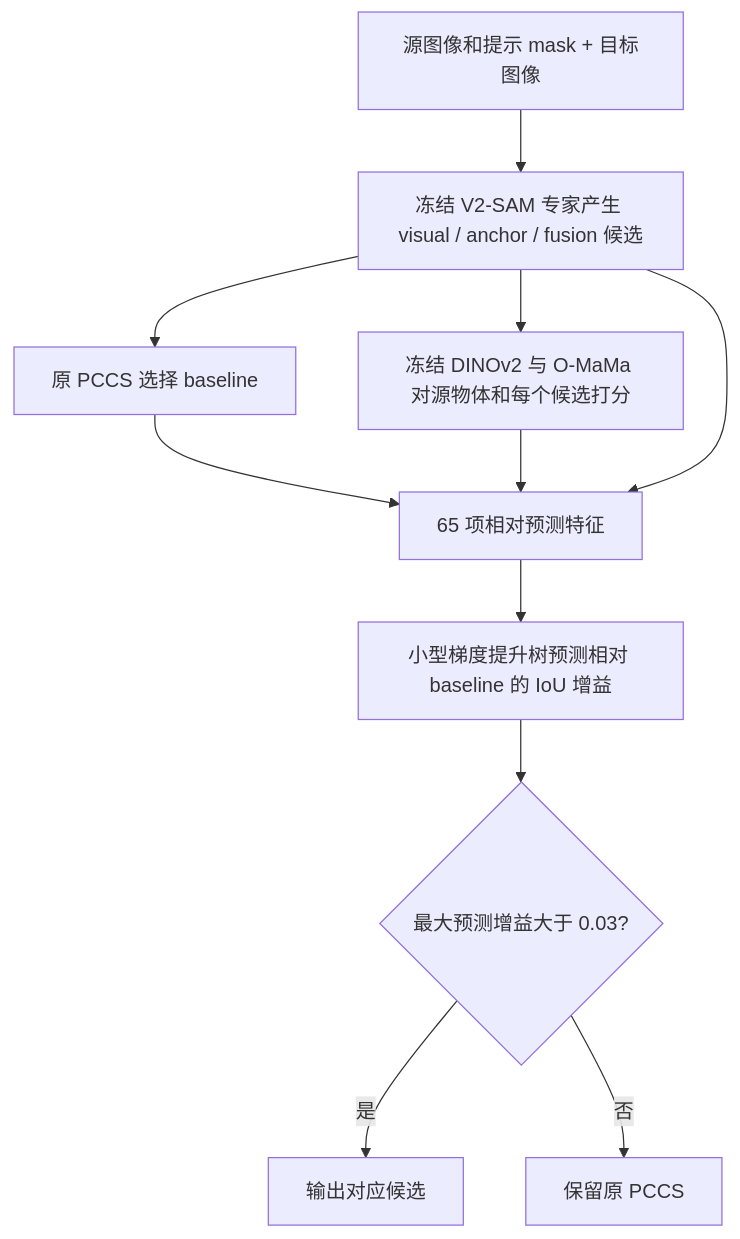
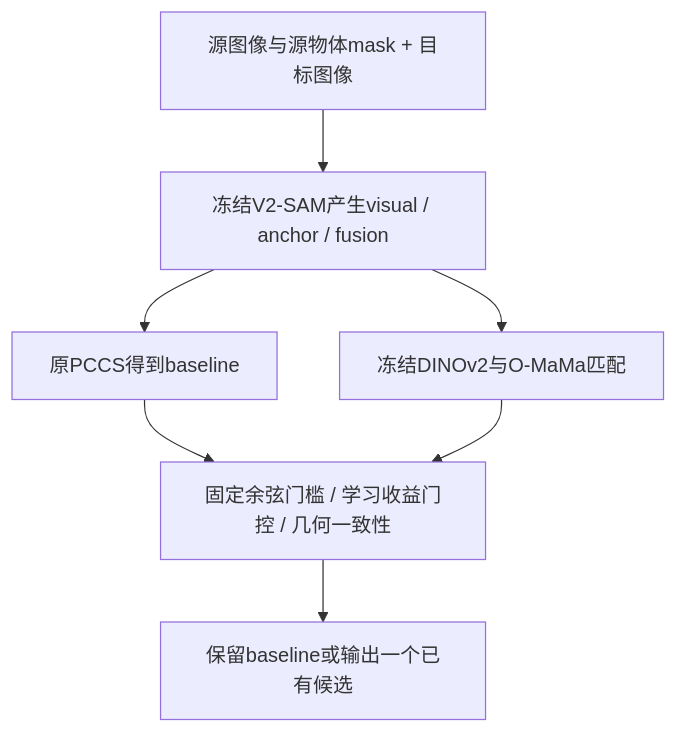
Before and after one commit to Travor278/EgoExoSeg: the diagram in codex_remote_ops/pccs_gain_full_20260915/FINAL_REPORT.md, drawn with Mermaid. The commit also changed other lines of this file and 19 other files, not shown here.

````diff
--- a/codex_remote_ops/pccs_gain_full_20260915/FINAL_REPORT.md
+++ b/codex_remote_ops/pccs_gain_full_20260915/FINAL_REPORT.md
@@ -48,13 +105,9 @@
 ```mermaid
 flowchart TD
-  A[源图像和提示 mask + 目标图像] --> B[冻结 V2-SAM 专家产生 visual / anchor / fusion 候选]
-  B --> C[原 PCCS 选择 baseline]
-  B --> D[冻结 DINOv2 与 O-MaMa 对源物体和每个候选打分]
-  C --> E[65 项相对预测特征]
+  A[源图像与源物体mask + 目标图像] --> B[冻结V2-SAM产生visual / anchor / fusion]
+  B --> C[原PCCS得到baseline]
+  B --> D[冻结DINOv2与O-MaMa匹配]
+  C --> E[固定余弦门槛 / 学习收益门控 / 几何一致性]
   D --> E
-  B --> E
-  E --> F[小型梯度提升树预测相对 baseline 的 IoU 增益]
-  F --> G{最大预测增益大于 0.03?}
-  G -->|是| H[输出对应候选]
-  G -->|否| I[保留原 PCCS]
+  E --> F[保留baseline或输出一个已有候选]
 ```
````
